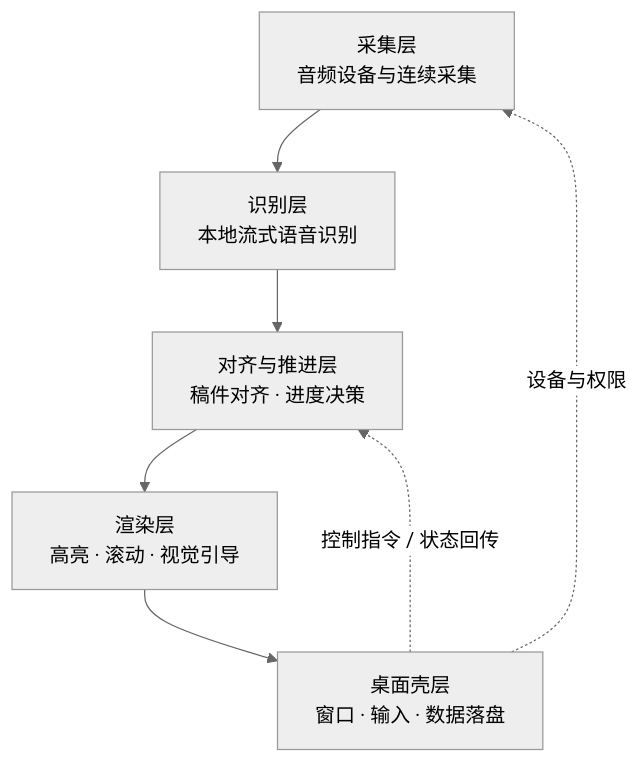
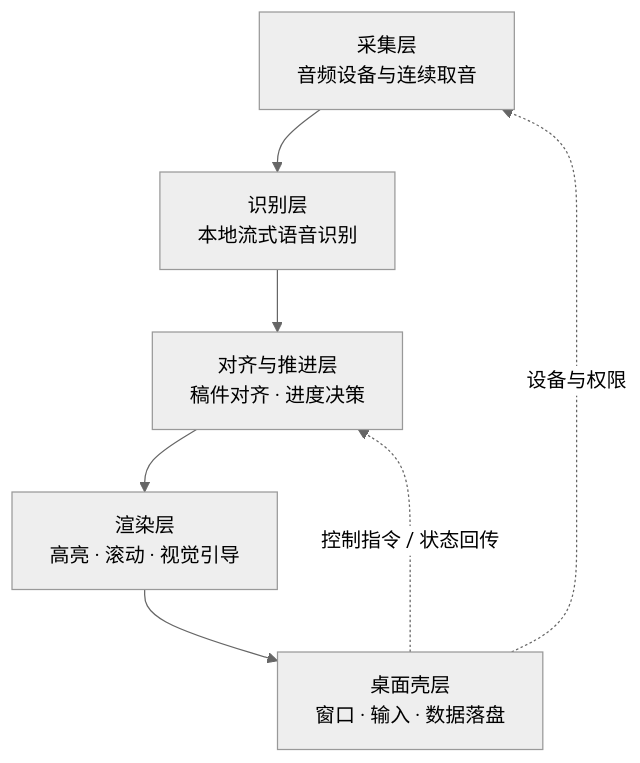
Before and after one commit to ShowKang/QingCue-Downloads: the diagram in docs/ARCHITECTURE.md, drawn with Mermaid (neutral theme). The commit also changed other lines of this file and 5 other files, not shown here.

Commit message:
docs: README 合并逐词滑动去掉重复截图，四份技术文档专业化并清理内部符号与参数值

````diff
--- a/docs/ARCHITECTURE.md
+++ b/docs/ARCHITECTURE.md
@@ -19,9 +31,9 @@
 ```mermaid
 flowchart TB
-    A[采集层<br/>音频设备与连续采集] --> B[识别层<br/>本地流式语音识别]
+    A[采集层<br/>音频设备与连续取音] --> B[识别层<br/>本地流式语音识别]
     B --> C[对齐与推进层<br/>稿件对齐 · 进度决策]
     C --> D[渲染层<br/>高亮 · 滚动 · 视觉引导]
     D --> E[桌面壳层<br/>窗口 · 输入 · 数据落盘]
     E -. 控制指令 / 状态回传 .-> C
     E -. 设备与权限 .-> A
 ```
````
